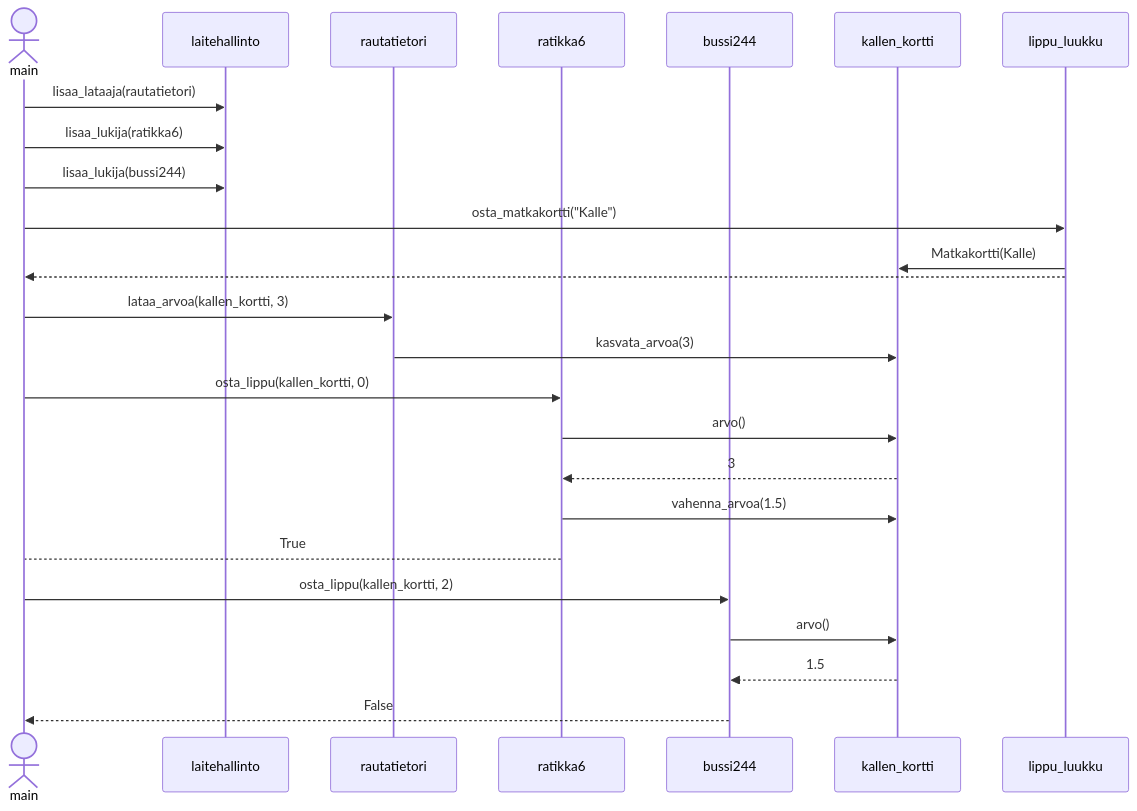
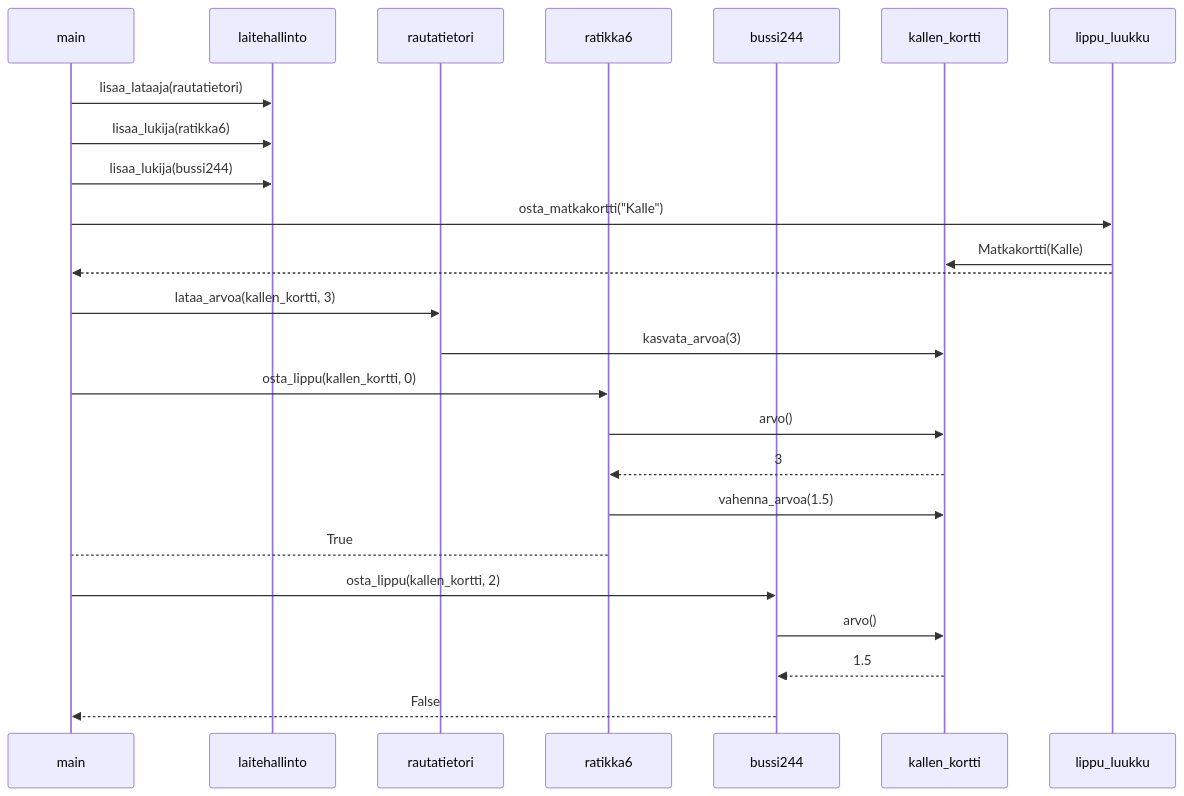
Before and after one commit to tihvis/ot-harjoitustyo: the diagram in laskarit/viikko3/sekvenssikaavio.md, drawn with Mermaid.

Commit message:
Viikko 3, tehtävä 2: sekvenssikaavio

````diff
--- a/laskarit/viikko3/sekvenssikaavio.md
+++ b/laskarit/viikko3/sekvenssikaavio.md
@@ -1,28 +1,28 @@
 ```mermaid
  sequenceDiagram
-    actor main
+    participant main
     participant laitehallinto
     participant rautatietori
     participant ratikka6
     participant bussi244
     participant kallen_kortti
     participant lippu_luukku
-    
+
     main->>laitehallinto: lisaa_lataaja(rautatietori)
     main->>laitehallinto: lisaa_lukija(ratikka6)
     main->>laitehallinto: lisaa_lukija(bussi244)
     main->>lippu_luukku: osta_matkakortti("Kalle")
     lippu_luukku->> kallen_kortti: Matkakortti(Kalle)
     lippu_luukku-->> main:
     main->>rautatietori: lataa_arvoa(kallen_kortti, 3)
     rautatietori->>kallen_kortti: kasvata_arvoa(3)
     main->>ratikka6: osta_lippu(kallen_kortti, 0)
     ratikka6->>kallen_kortti: arvo()
     kallen_kortti-->>ratikka6: 3
     ratikka6->>kallen_kortti: vahenna_arvoa(1.5)
     ratikka6-->main: True
     main->>bussi244: osta_lippu(kallen_kortti, 2)
     bussi244->>kallen_kortti: arvo()
     kallen_kortti-->>bussi244: 1.5
     bussi244-->>main: False
 ```
````
